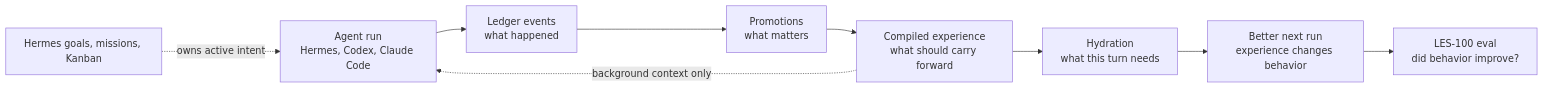
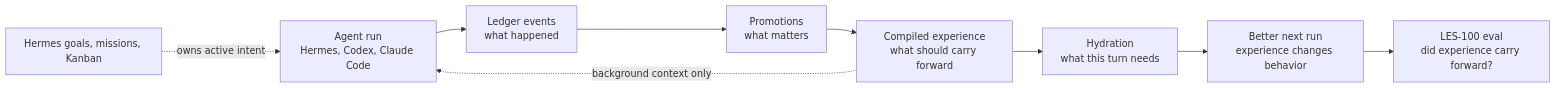
One commit to aeonik-ai/ingrain changed the diagram in README.md. Above: the diagram before and after it, drawn with Mermaid. The commit also changed other lines of this file and 11 other files, not shown here.

````diff
--- a/README.md
+++ b/README.md
@@ -198,12 +198,12 @@
 ```mermaid
 flowchart LR
     A["Agent run<br/>Hermes, Codex, Claude Code"] --> B["Ledger events<br/>what happened"]
     B --> C["Promotions<br/>what matters"]
     C --> D["Compiled experience<br/>what should carry forward"]
     D --> E["Hydration<br/>what this turn needs"]
     E --> F["Better next run<br/>experience changes behavior"]
-    F --> G["LES-100 eval<br/>did behavior improve?"]
+    F --> G["LES-100 eval<br/>did experience carry forward?"]
 
     H["Hermes goals, missions, Kanban"] -. "owns active intent" .-> A
     D -. "background context only" .-> A
 ```
````
